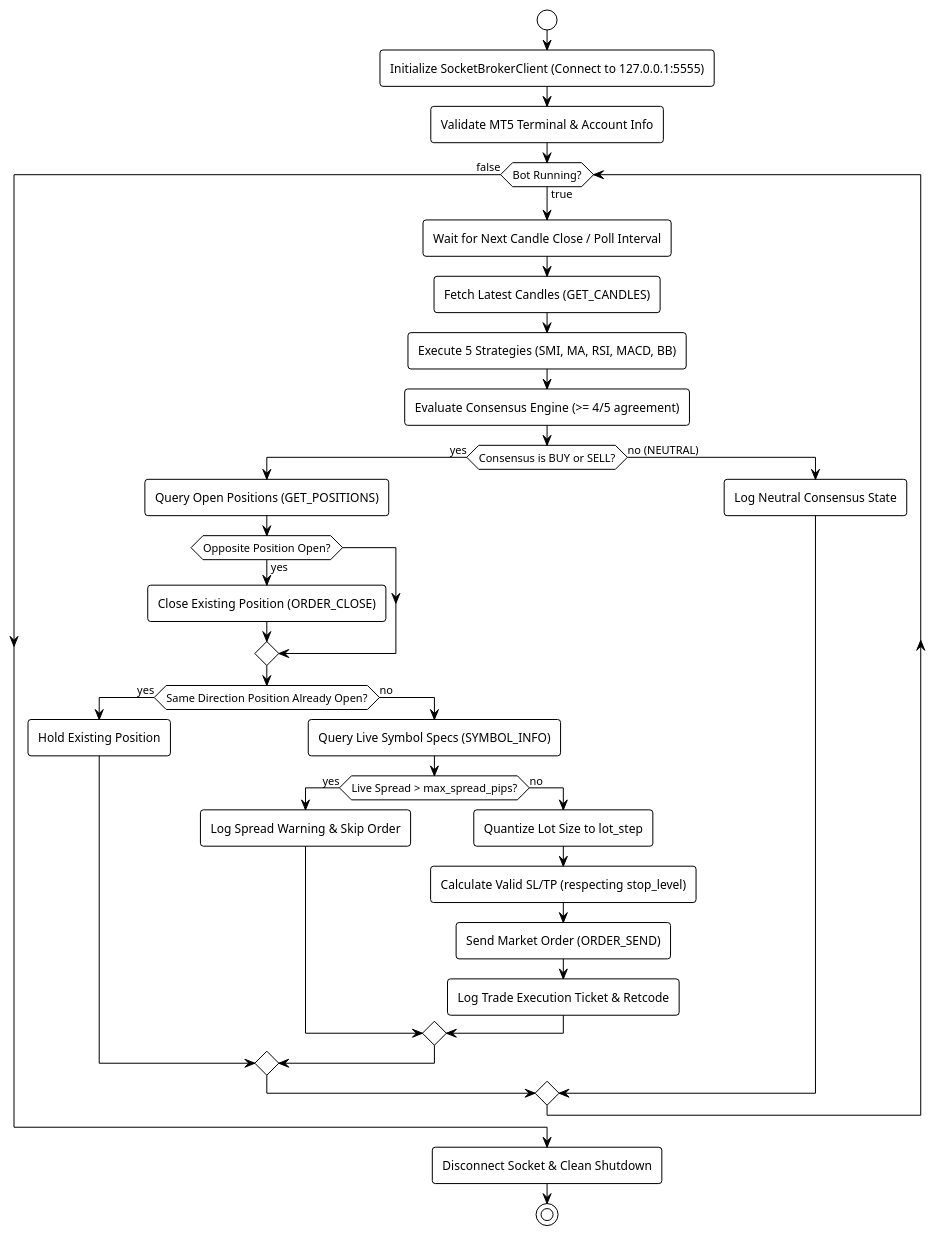
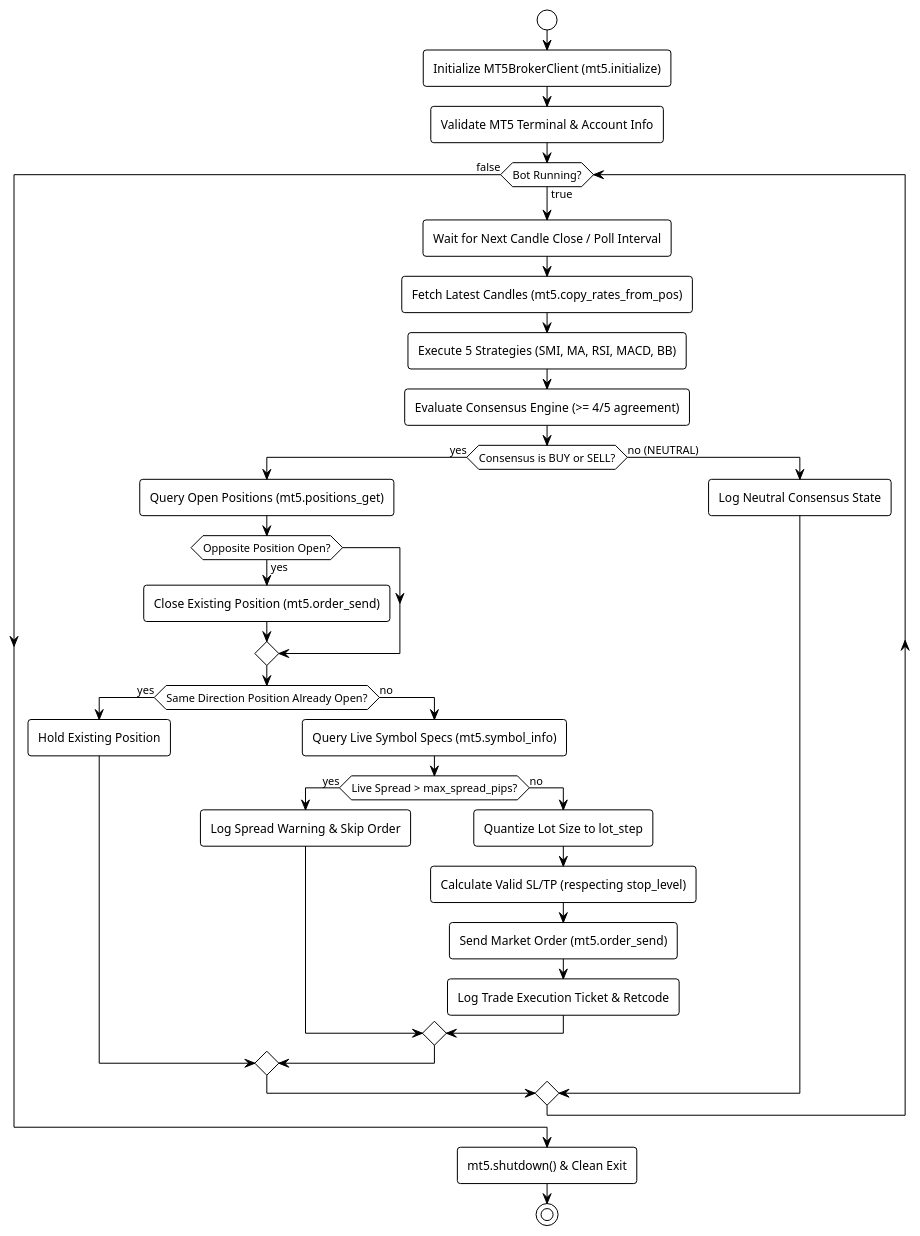
Before and after one commit to PhanCuong91/trading: the third of 3 diagrams in .kiro/specs/forex-trading-signal-system/design.md, drawn with PlantUML. The commit also changed other lines of this file and 16 other files, not shown here.

First line of the commit message:
Refactor MT5 integration: Replace SocketBrokerClient with MT5BrokerClient

````diff
--- a/.kiro/specs/forex-trading-signal-system/design.md
+++ b/.kiro/specs/forex-trading-signal-system/design.md
@@ -475,46 +458,46 @@
 ```plantuml
 @startuml Live_Trading_Loop
 !theme plain
 skinparam shadowing false
 skinparam roundcorner 6
 
 start
-:Initialize SocketBrokerClient (Connect to 127.0.0.1:5555);
+:Initialize MT5BrokerClient (mt5.initialize);
 :Validate MT5 Terminal & Account Info;
 
 while (Bot Running?) is (true)
     :Wait for Next Candle Close / Poll Interval;
-    :Fetch Latest Candles (GET_CANDLES);
+    :Fetch Latest Candles (mt5.copy_rates_from_pos);
     :Execute 5 Strategies (SMI, MA, RSI, MACD, BB);
     :Evaluate Consensus Engine (>= 4/5 agreement);
     
     if (Consensus is BUY or SELL?) then (yes)
-        :Query Open Positions (GET_POSITIONS);
+        :Query Open Positions (mt5.positions_get);
         
         if (Opposite Position Open?) then (yes)
-            :Close Existing Position (ORDER_CLOSE);
+            :Close Existing Position (mt5.order_send);
         endif
         
         if (Same Direction Position Already Open?) then (yes)
             :Hold Existing Position;
         else (no)
-            :Query Live Symbol Specs (SYMBOL_INFO);
+            :Query Live Symbol Specs (mt5.symbol_info);
             if (Live Spread > max_spread_pips?) then (yes)
                 :Log Spread Warning & Skip Order;
             else (no)
                 :Quantize Lot Size to lot_step;
                 :Calculate Valid SL/TP (respecting stop_level);
-                :Send Market Order (ORDER_SEND);
+                :Send Market Order (mt5.order_send);
                 :Log Trade Execution Ticket & Retcode;
             endif
         endif
     else (no (NEUTRAL))
         :Log Neutral Consensus State;
     endif
 endwhile (false)
 
-:Disconnect Socket & Clean Shutdown;
+:mt5.shutdown() & Clean Exit;
 stop
 
 @enduml
 ```
````
